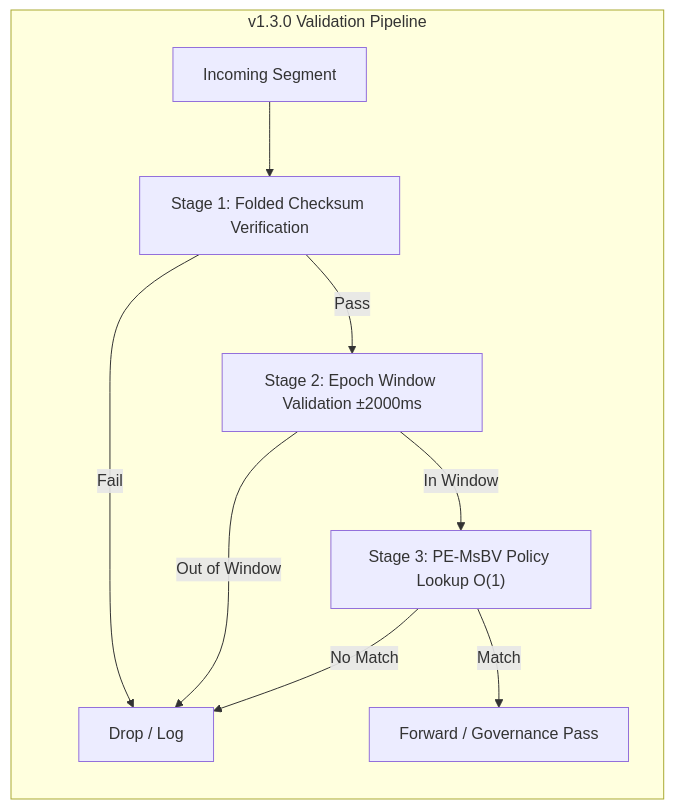
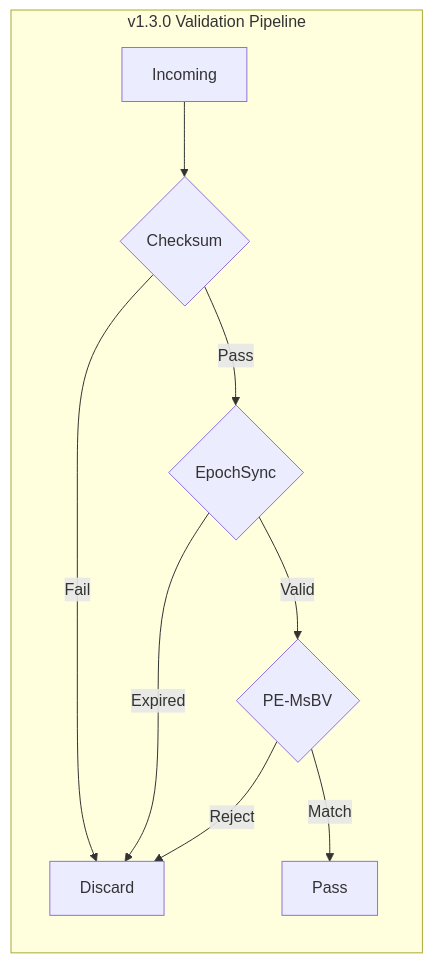
One commit to joy7758/pFDO-Specification changed the diagram in docs/White_Paper.md. Above: the diagram before and after it, drawn with Mermaid. The commit also changed other lines of this file and 5 other files, not shown here.

````diff
--- a/docs/White_Paper.md
+++ b/docs/White_Paper.md
@@ -84,12 +64,12 @@
 ```mermaid
 flowchart LR
     subgraph Pipeline["v1.3.0 Validation Pipeline"]
-        A[Incoming Segment] --> B["Stage 1: Folded Checksum Verification"]
-        B -->|Pass| C["Stage 2: Epoch Window Validation ±2000ms"]
-        B -->|Fail| F[Drop / Log]
-        C -->|In Window| D["Stage 3: PE-MsBV Policy Lookup O(1)"]
-        C -->|Out of Window| F
-        D -->|Match| E[Forward / Governance Pass]
-        D -->|No Match| F
+    A[Incoming] --> B{Checksum}
+    B -- Pass --> C{EpochSync}
+    B -- Fail --> F[Discard]
+    C -- Valid --> D{PE-MsBV}
+    C -- Expired --> F
+    D -- Match --> E[Pass]
+    D -- Reject --> F
     end
 ```
````
